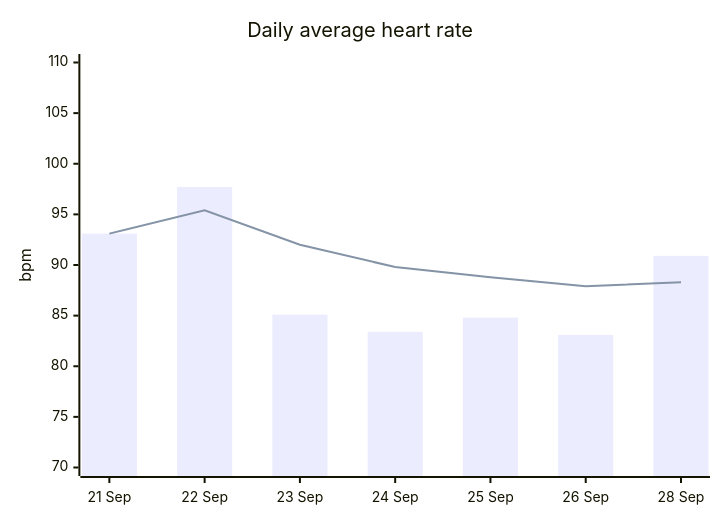
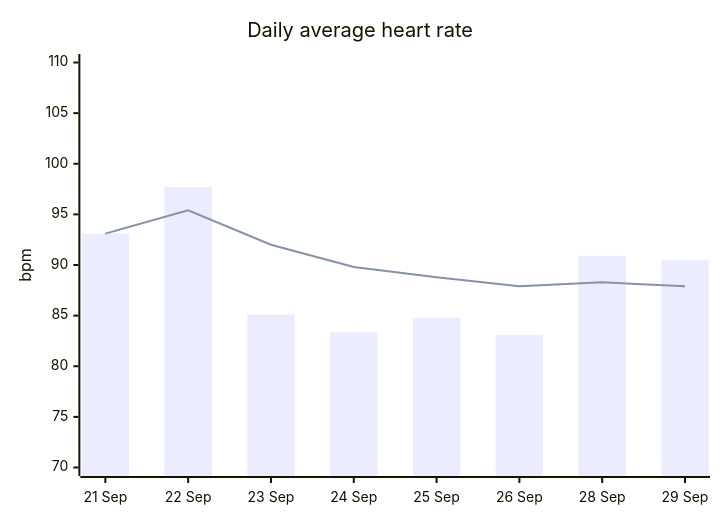
The first of 3 diagrams in reports/README.md (eshwarpotturi/hr-mon), drawn with Mermaid before and after one commit. The commit also changed other lines of this file and 7 other files, not shown here.

````diff
--- a/reports/README.md
+++ b/reports/README.md
@@ -39,8 +39,8 @@
 ```mermaid
 xychart-beta
     title "Daily average heart rate"
-    x-axis ["21 Sep", "22 Sep", "23 Sep", "24 Sep", "25 Sep", "26 Sep", "28 Sep"]
+    x-axis ["21 Sep", "22 Sep", "23 Sep", "24 Sep", "25 Sep", "26 Sep", "28 Sep", "29 Sep"]
     y-axis "bpm" 70 --> 110
-    bar [93.1, 97.7, 85.1, 83.4, 84.8, 83.1, 90.9]
-    line [93.1, 95.4, 92.0, 89.8, 88.8, 87.9, 88.3]
+    bar [93.1, 97.7, 85.1, 83.4, 84.8, 83.1, 90.9, 90.5]
+    line [93.1, 95.4, 92.0, 89.8, 88.8, 87.9, 88.3, 87.9]
 ```
````
